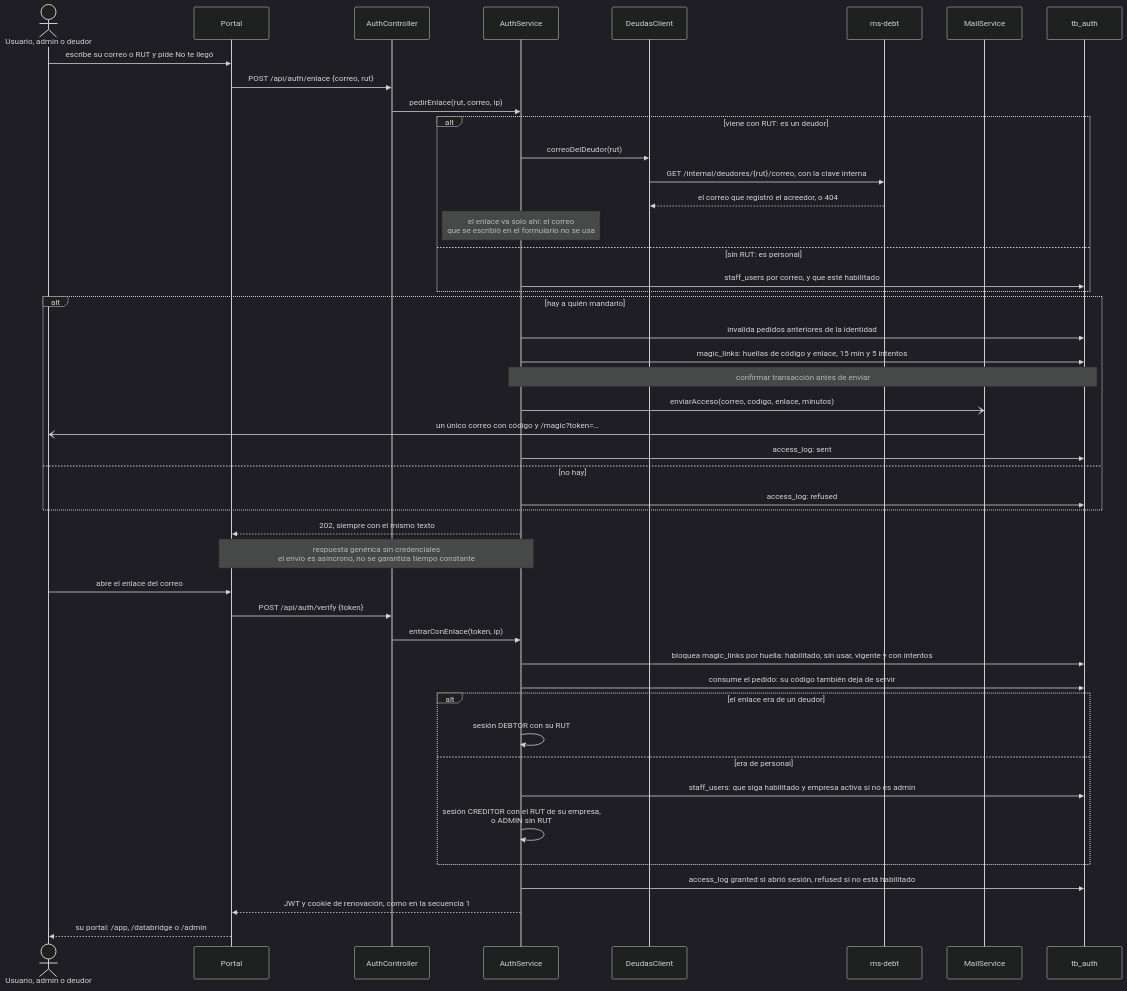
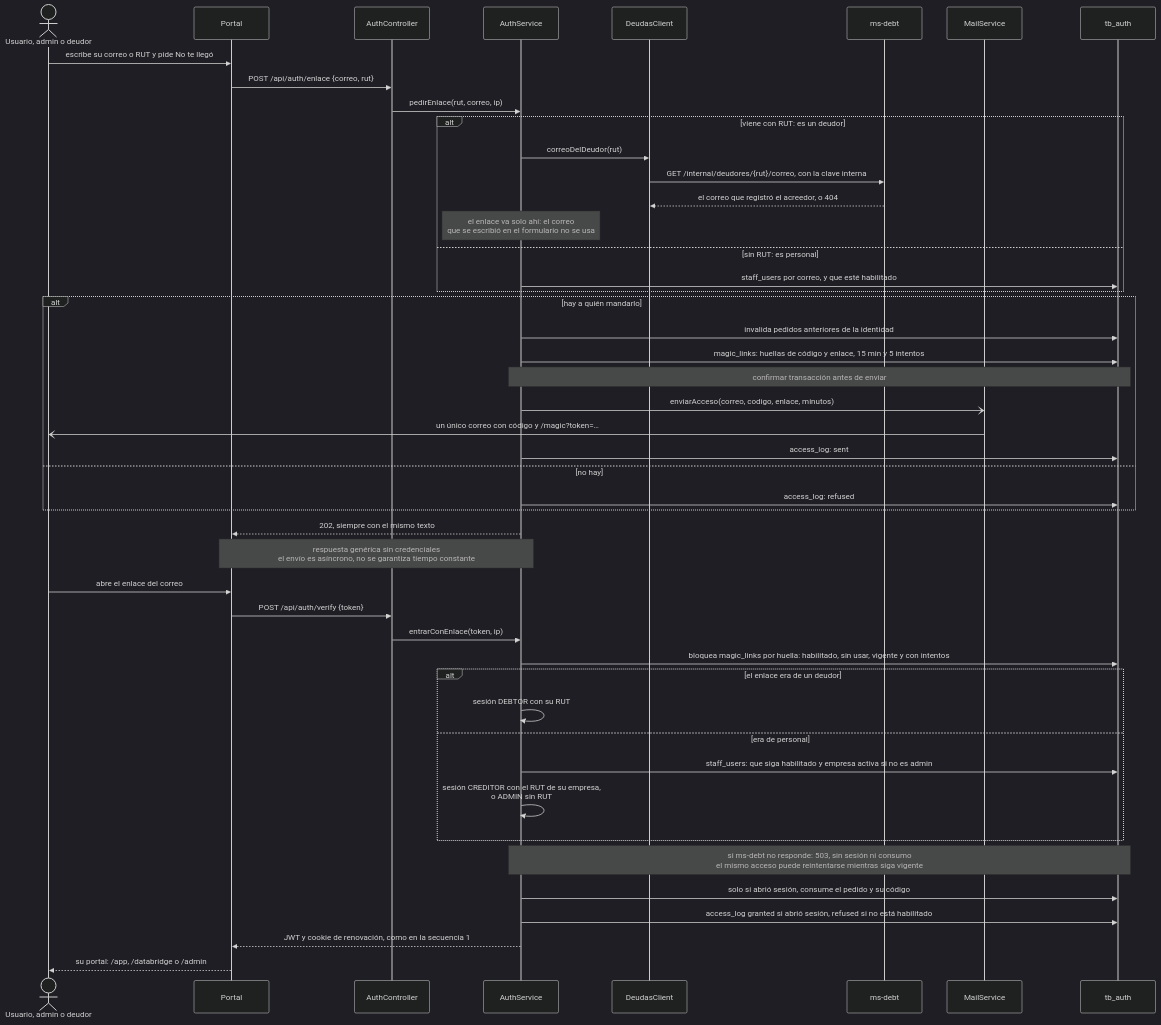
One commit to TechnicalBridge/DataBridge changed the second of 16 diagrams in docs/diagramas/secuencia.md. Above: the diagram before and after it, drawn with Mermaid (dark theme). The commit also changed other lines of this file and 4 other files, not shown here.

````diff
--- a/docs/diagramas/secuencia.md
+++ b/docs/diagramas/secuencia.md
@@ -96,50 +101,51 @@
 ```mermaid
 sequenceDiagram
     actor U as Usuario, admin o deudor
     participant P as Portal
     participant AC as AuthController
     participant AS as AuthService
     participant DC as DeudasClient
     participant MD as ms-debt
     participant M as MailService
     participant B as tb_auth
 
     U->>P: escribe su correo o RUT y pide No te llegó
     P->>AC: POST /api/auth/enlace {correo, rut}
     AC->>AS: pedirEnlace(rut, correo, ip)
     alt viene con RUT: es un deudor
         AS->>DC: correoDelDeudor(rut)
         DC->>MD: GET /internal/deudores/{rut}/correo, con la clave interna
         MD-->>DC: el correo que registró el acreedor, o 404
         Note over AS: el enlace va solo ahí: el correo<br/>que se escribió en el formulario no se usa
     else sin RUT: es personal
         AS->>B: staff_users por correo, y que esté habilitado
     end
     alt hay a quién mandarlo
         AS->>B: invalida pedidos anteriores de la identidad
         AS->>B: magic_links: huellas de código y enlace, 15 min y 5 intentos
         Note over AS,B: confirmar transacción antes de enviar
         AS-)M: enviarAcceso(correo, codigo, enlace, minutos)
         M-)U: un único correo con código y /magic?token=…
         AS->>B: access_log: sent
     else no hay
         AS->>B: access_log: refused
     end
     AS-->>P: 202, siempre con el mismo texto
     Note over AS,P: respuesta genérica sin credenciales<br/>el envío es asíncrono, no se garantiza tiempo constante
 
     U->>P: abre el enlace del correo
     P->>AC: POST /api/auth/verify {token}
     AC->>AS: entrarConEnlace(token, ip)
     AS->>B: bloquea magic_links por huella: habilitado, sin usar, vigente y con intentos
-    AS->>B: consume el pedido: su código también deja de servir
     alt el enlace era de un deudor
         AS->>AS: sesión DEBTOR con su RUT
     else era de personal
         AS->>B: staff_users: que siga habilitado y empresa activa si no es admin
         AS->>AS: sesión CREDITOR con el RUT de su empresa,<br/>o ADMIN sin RUT
     end
+    Note over AS,B: si ms-debt no responde: 503, sin sesión ni consumo<br/>el mismo acceso puede reintentarse mientras siga vigente
+    AS->>B: solo si abrió sesión, consume el pedido y su código
     AS->>B: access_log granted si abrió sesión, refused si no está habilitado
     AS-->>P: JWT y cookie de renovación, como en la secuencia 1
     P-->>U: su portal: /app, /databridge o /admin
 ```
````
